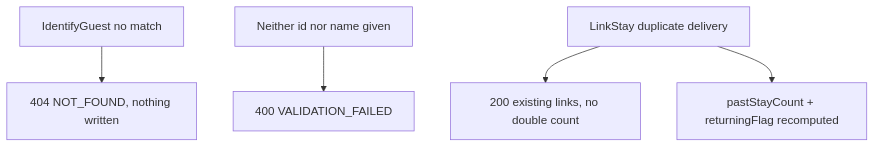
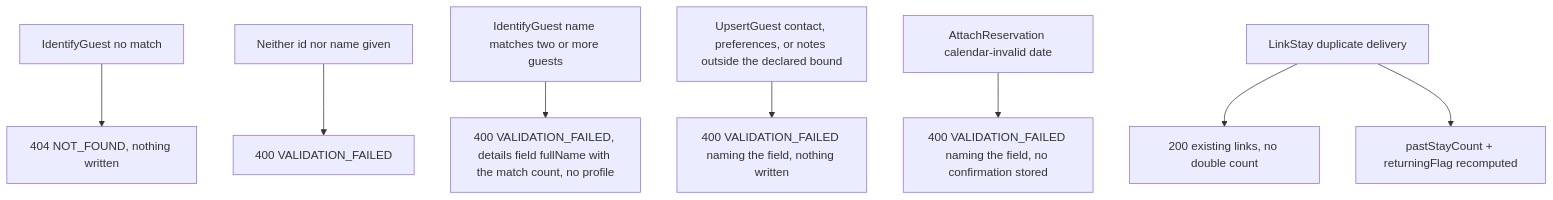
One commit to MingChen1501/hotel-mgmt changed the second of 2 diagrams in docs/architecture/services/guests.md. Above: the diagram before and after it, drawn with Mermaid. The commit also changed other lines of this file and 11 other files, not shown here.

````diff
--- a/docs/architecture/services/guests.md
+++ b/docs/architecture/services/guests.md
@@ -51,7 +51,10 @@
 ```mermaid
 flowchart TD
     F[IdentifyGuest no match] --> R404[404 NOT_FOUND, nothing written]
     G[Neither id nor name given] --> R400[400 VALIDATION_FAILED]
+    A[IdentifyGuest name matches two or more guests] --> R400A[400 VALIDATION_FAILED, details field fullName with the match count, no profile]
+    P[UpsertGuest contact, preferences, or notes outside the declared bound] --> R400B[400 VALIDATION_FAILED naming the field, nothing written]
+    D[AttachReservation calendar-invalid date] --> R400C[400 VALIDATION_FAILED naming the field, no confirmation stored]
     H[LinkStay duplicate delivery] --> R200[200 existing links, no double count]
     H --> I[pastStayCount + returningFlag recomputed]
 ```
````
